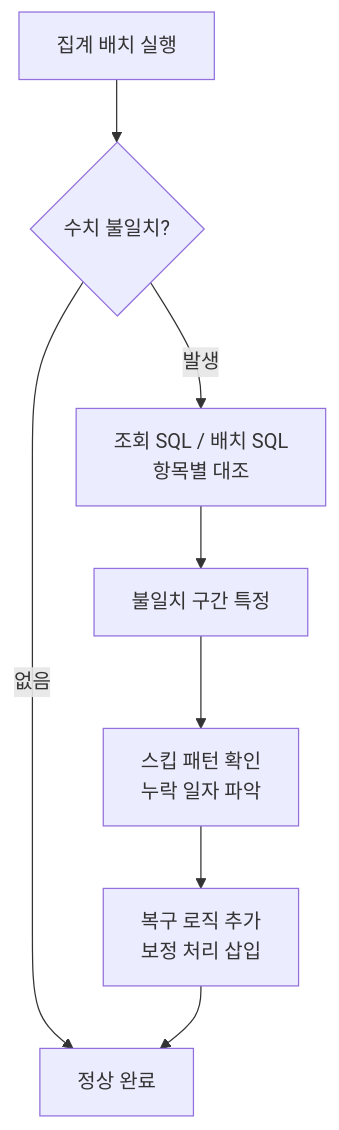
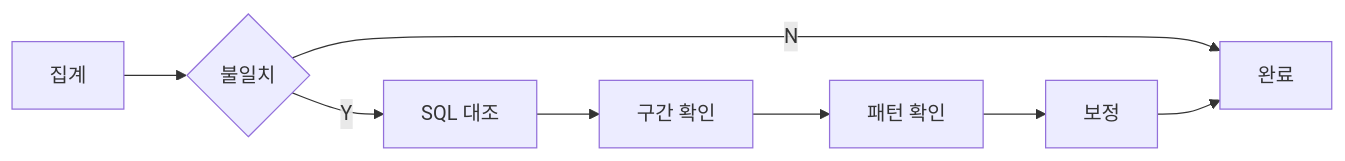
One commit to kos5667/kos5667.github.io changed the ninth of 12 diagrams in portfolio/slides_notion.md. Above: the diagram before and after it, drawn with Mermaid. The commit also changed other lines of this file and 1 other file, not shown here.

````diff
--- a/portfolio/slides_notion.md
+++ b/portfolio/slides_notion.md
@@ -281,10 +374,10 @@
 ```mermaid
-flowchart TD
-    Batch[집계 배치 실행] --> Diff{수치 불일치?}
-    Diff -->|없음| Done[정상 완료]
-    Diff -->|발생| Trace[조회 SQL / 배치 SQL\n항목별 대조]
-    Trace --> Find[불일치 구간 특정]
-    Find --> Pattern[스킵 패턴 확인\n누락 일자 파악]
-    Pattern --> Fix[복구 로직 추가\n보정 처리 삽입]
-    Fix --> Done
+flowchart LR
+    A[집계] --> B{불일치}
+    B -->|N| C[완료]
+    B -->|Y| D[SQL 대조]
+    D --> E[구간 확인]
+    E --> F[패턴 확인]
+    F --> G[보정]
+    G --> C
 ```
````
